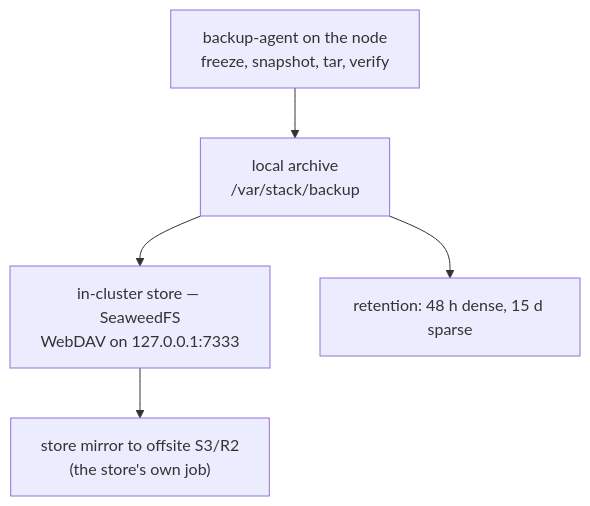
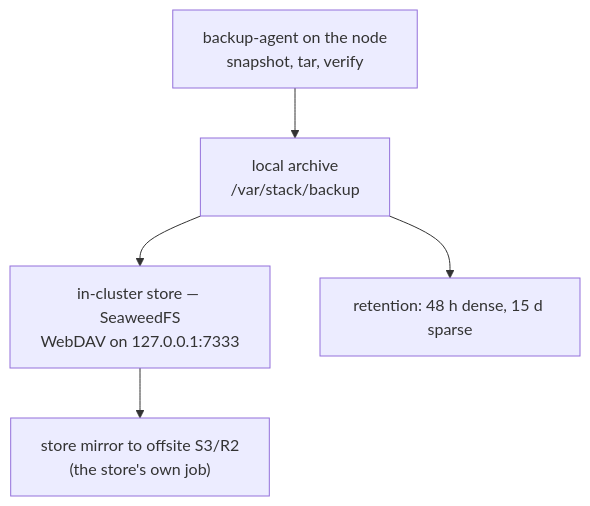
One commit to hazemarian/poor-man-cluster changed the fourth of 9 diagrams in docs/storage-and-databases.md. Above: the diagram before and after it, drawn with Mermaid. The commit also changed other lines of this file and 5 other files, not shown here.

````diff
--- a/docs/storage-and-databases.md
+++ b/docs/storage-and-databases.md
@@ -287,7 +313,7 @@
 ```mermaid
 flowchart TD
-    A["backup-agent on the node<br/>freeze, snapshot, tar, verify"] --> L["local archive<br/>/var/stack/backup"]
+    A["backup-agent on the node<br/>snapshot, tar, verify"] --> L["local archive<br/>/var/stack/backup"]
     L --> W["in-cluster store — SeaweedFS<br/>WebDAV on 127.0.0.1:7333"]
     W --> M["store mirror to offsite S3/R2<br/>(the store's own job)"]
     L --> R["retention: 48 h dense, 15 d sparse"]
 ```
````
